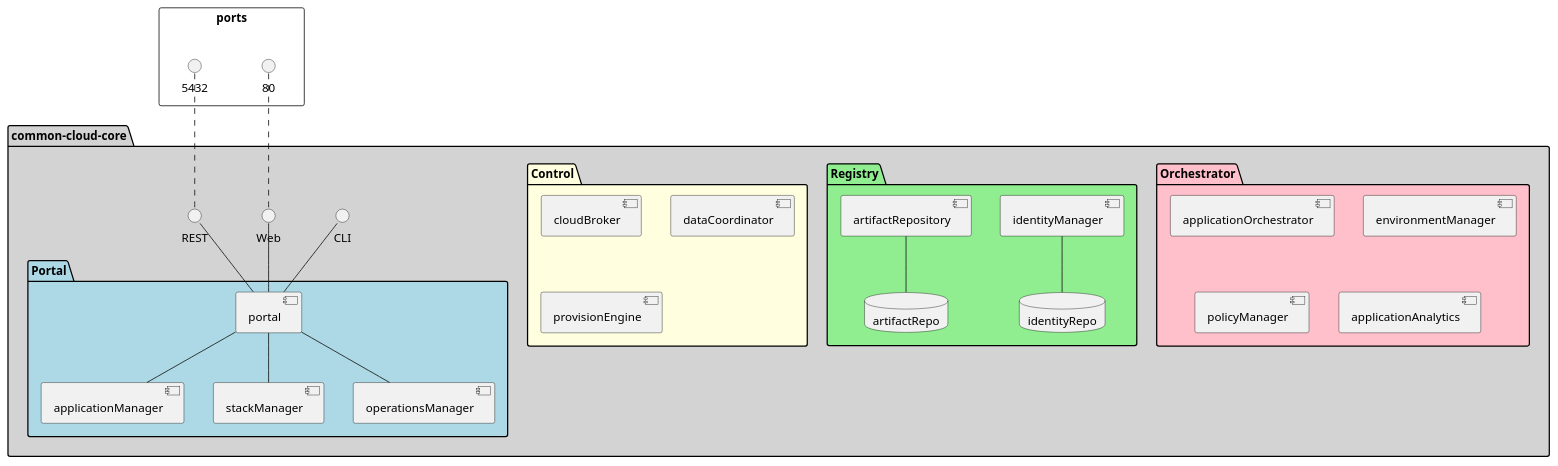
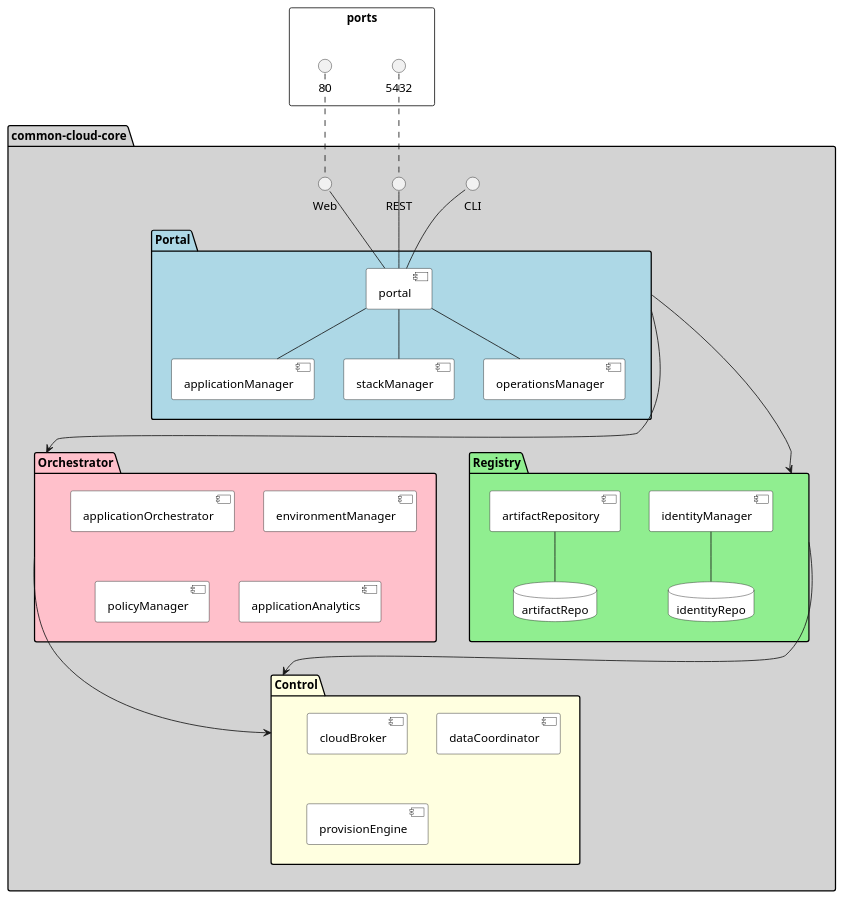
One commit to CAADE/C3 changed the diagram in docs/Solution/Deployment.puml. Above: the diagram before and after it, drawn with PlantUML. The commit also changed 397 other files, not shown here.

```diff
--- a/docs/Solution/Deployment.puml
+++ b/docs/Solution/Deployment.puml
@@ -1,48 +1,53 @@
 @startuml
 
 
 package  common-cloud-core #lightgray {
   interface CLI
   interface Web
   interface REST
   package Portal #lightblue {
-    component portal
-    component applicationManager
-    component stackManager
-    component operationsManager
+    component portal #white
+    component applicationManager #white
+    component stackManager #white
+    component operationsManager #white
   }
   package Orchestrator #pink {
-    component applicationOrchestrator
-    component environmentManager
-    component policyManager
-    component applicationAnalytics
+    component applicationOrchestrator #white
+    component environmentManager #white
+    component policyManager #white
+    component applicationAnalytics #white
   }
   package "Registry" #lightgreen {
-    component identityManager
-    component artifactRepository
-    database "identityRepo"
-    database "artifactRepo"
+    component identityManager #white
+    component artifactRepository #white
+    database "identityRepo" #white
+    database "artifactRepo" #white
   }
   package "Control" #lightyellow {
-    component cloudBroker
-    component dataCoordinator
-    component provisionEngine
+    component cloudBroker #white
+    component dataCoordinator #white
+    component provisionEngine #white
   }
 }
 
 rectangle ports {
     80 .. Web
     5432 .. REST
 }
 
 identityManager -- identityRepo
 artifactRepository -- artifactRepo
 
 CLI -- portal
 Web -- portal
 REST -- portal
 
 portal -- applicationManager
 portal -- stackManager
 portal -- operationsManager
+
+Portal ---> Orchestrator
+Portal ---> Registry
+Registry ---> Control
+Orchestrator ---> Control
 @enduml
```
